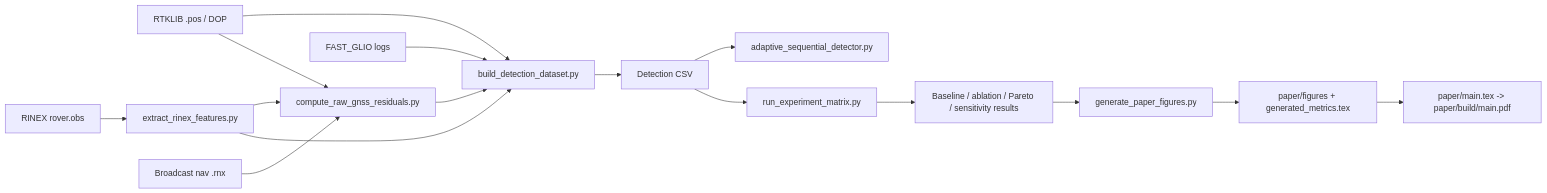
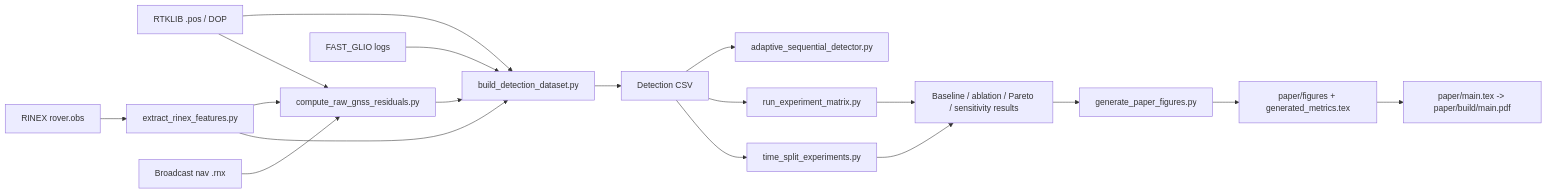
The diagram in docs/project_architecture_and_usage.md (wangzika/simulink2_spoof_detection), drawn with Mermaid before and after one commit. The commit also changed other lines of this file and 9 other files, not shown here.

````diff
--- a/docs/project_architecture_and_usage.md
+++ b/docs/project_architecture_and_usage.md
@@ -36,18 +36,20 @@
 ```mermaid
 flowchart LR
     A["RTKLIB .pos / DOP"] --> D["build_detection_dataset.py"]
     B["RINEX rover.obs"] --> C["extract_rinex_features.py"]
     C --> E["compute_raw_gnss_residuals.py"]
     F["Broadcast nav .rnx"] --> E
     A --> E
     G["FAST_GLIO logs"] --> D
     C --> D
     E --> D
     D --> H["Detection CSV"]
     H --> I["adaptive_sequential_detector.py"]
     H --> J["run_experiment_matrix.py"]
+    H --> O["time_split_experiments.py"]
     J --> K["Baseline / ablation / Pareto / sensitivity results"]
+    O --> K
     K --> L["generate_paper_figures.py"]
     L --> M["paper/figures + generated_metrics.tex"]
     M --> N["paper/main.tex -> paper/build/main.pdf"]
 ```
````
